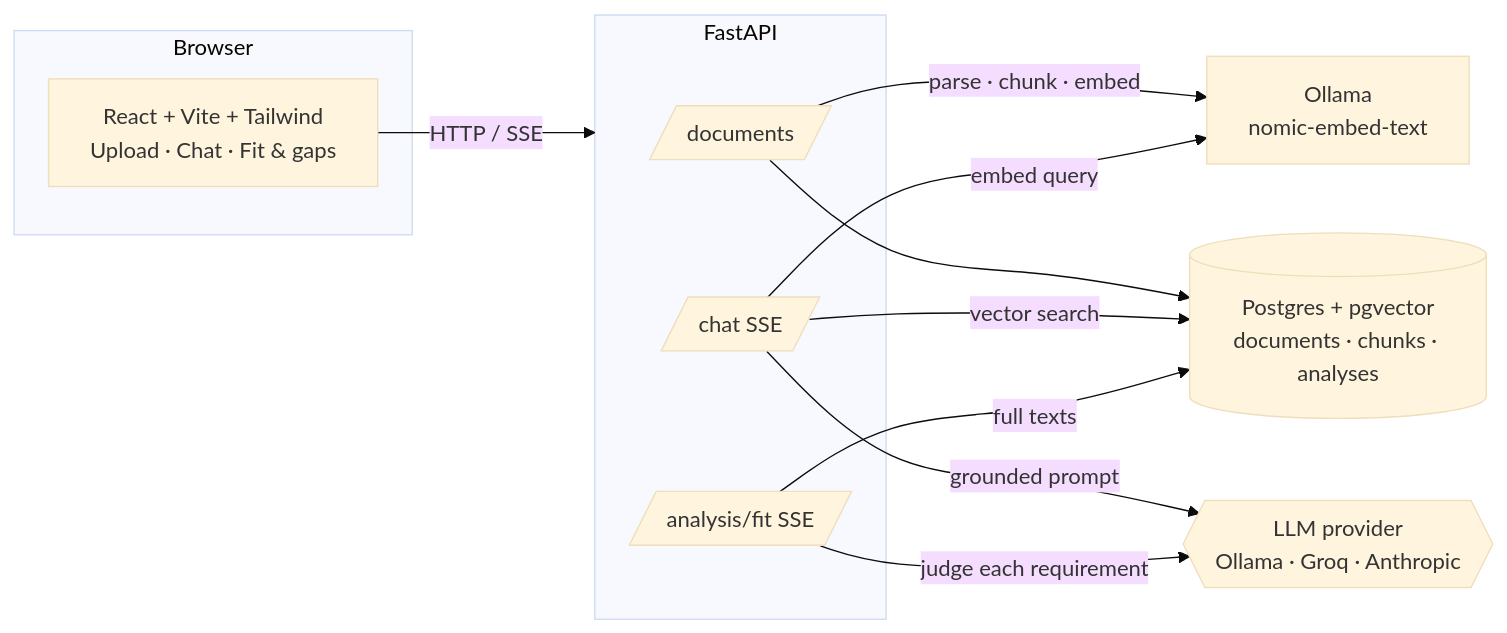
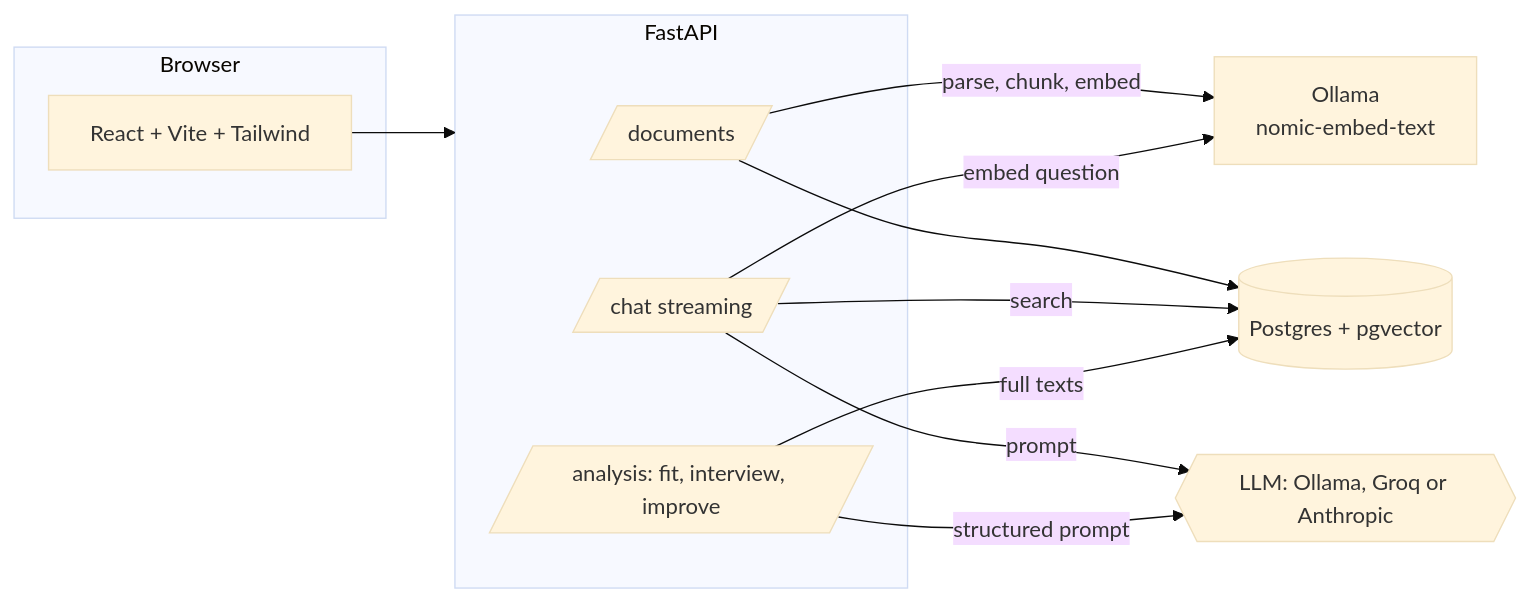
One commit to Aravindalochanan1996/multi-rag changed the diagram in README.md. Above: the diagram before and after it, drawn with Mermaid (base theme). The commit also changed other lines of this file, not shown here.

````diff
--- a/README.md
+++ b/README.md
@@ -51,23 +59,23 @@
 ```mermaid
 flowchart LR
   subgraph Browser
-    UI[React + Vite + Tailwind<br/>Upload · Chat · Fit & gaps]
+    UI[React + Vite + Tailwind]
   end
   subgraph API[FastAPI]
     DOC[/documents/]
-    CHAT[/chat  SSE/]
-    FIT[/analysis/fit  SSE/]
+    CHAT[/chat  streaming/]
+    AN[/analysis: fit, interview, improve/]
   end
-  PG[(Postgres + pgvector<br/>documents · chunks · analyses)]
+  PG[(Postgres + pgvector)]
   EMB[Ollama<br/>nomic-embed-text]
-  LLM{{LLM provider<br/>Ollama · Groq · Anthropic}}
+  LLM{{LLM: Ollama, Groq or Anthropic}}
 
-  UI -- HTTP / SSE --> API
-  DOC -- parse · chunk · embed --> EMB
+  UI --> API
+  DOC -- parse, chunk, embed --> EMB
   DOC --> PG
-  CHAT -- embed query --> EMB
-  CHAT -- vector search --> PG
-  CHAT -- grounded prompt --> LLM
-  FIT -- full texts --> PG
-  FIT -- judge each requirement --> LLM
+  CHAT -- embed question --> EMB
+  CHAT -- search --> PG
+  CHAT -- prompt --> LLM
+  AN -- full texts --> PG
+  AN -- structured prompt --> LLM
 ```
````
